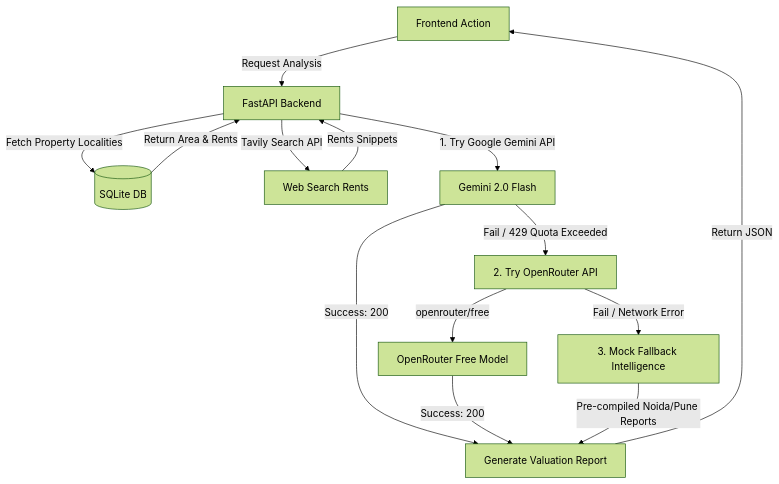
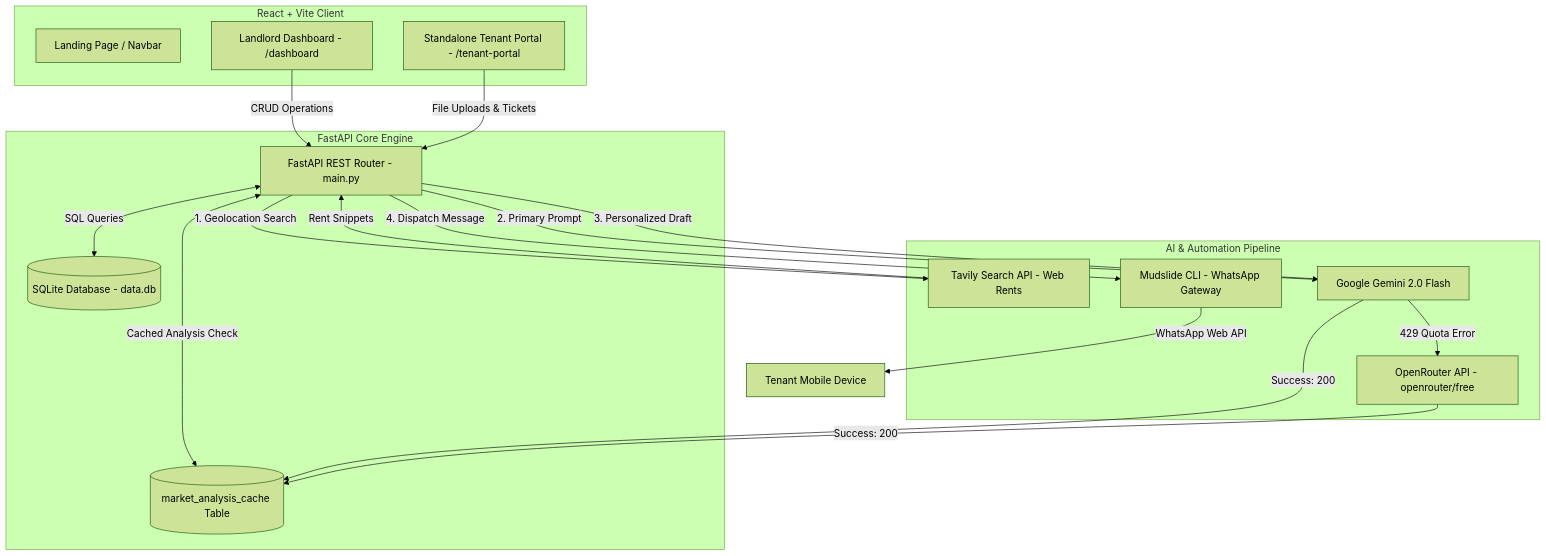
Before and after one commit to omkarrakhonde485-hue/Property-Ledger: the diagram in README.md, drawn with Mermaid (forest theme). The commit also changed other lines of this file, not shown here.

Commit message:
Comprehensively document full-stack system architecture, dual portals, caching, and AI pipelines in README.md

````diff
--- a/README.md
+++ b/README.md
@@ -77,16 +79,42 @@
 ```mermaid
 graph TD
-    A[Frontend Action] -->|Request Analysis| B[FastAPI Backend]
-    B -->|Fetch Property Localities| C[(SQLite DB)]
-    C -->|Return Area & Rents| B
-    B -->|Tavily Search API| D[Web Search Rents]
-    D -->|Rents Snippets| B
-    B -->|1. Try Google Gemini API| E[Gemini 2.0 Flash]
-    E -->|Success: 200| H[Generate Valuation Report]
-    E -->|Fail / 429 Quota Exceeded| F[2. Try OpenRouter API]
-    F -->|openrouter/free| G[OpenRouter Free Model]
-    G -->|Success: 200| H
-    F -->|Fail / Network Error| I[3. Mock Fallback Intelligence]
-    I -->|Pre-compiled Noida/Pune Reports| H
-    H -->|Return JSON| A
+    subgraph Frontend Layer [React + Vite Client]
+        LP[Landing Page / Navbar]
+        LD[Landlord Dashboard - /dashboard]
+        TP[Standalone Tenant Portal - /tenant-portal]
+    end
+
+    subgraph Backend Layer [FastAPI Core Engine]
+        API[FastAPI REST Router - main.py]
+        SQL[(SQLite Database - data.db)]
+        CACHE[(market_analysis_cache Table)]
+    end
+
+    subgraph External AI & Services [AI & Automation Pipeline]
+        TAV[Tavily Search API - Web Rents]
+        GEM[Google Gemini 2.0 Flash]
+        OR[OpenRouter API - openrouter/free]
+        MUD[Mudslide CLI - WhatsApp Gateway]
+    end
+
+    %% Frontend Interactions
+    LD -->|CRUD Operations| API
+    TP -->|File Uploads & Tickets| API
+
+    %% DB & Cache Flow
+    API <-->|SQL Queries| SQL
+    API <-->|Cached Analysis Check| CACHE
+
+    %% AI Market Analysis Flow
+    API -->|1. Geolocation Search| TAV
+    TAV -->|Rent Snippets| API
+    API -->|2. Primary Prompt| GEM
+    GEM -->|Success: 200| CACHE
+    GEM -->|429 Quota Error| OR
+    OR -->|Success: 200| CACHE
+
+    %% WhatsApp Automation Flow
+    API -->|3. Personalized Draft| GEM
+    API -->|4. Dispatch Message| MUD
+    MUD -->|WhatsApp Web API| WhatsApp[Tenant Mobile Device]
 ```
````
